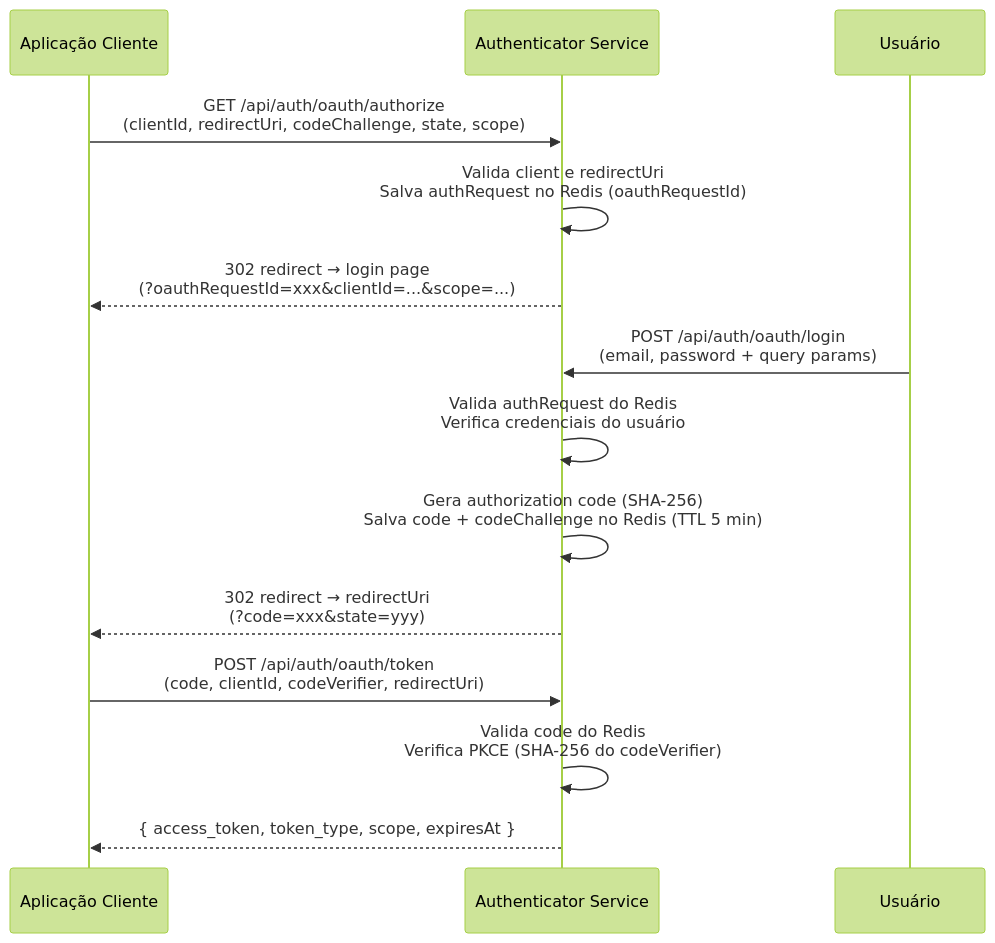
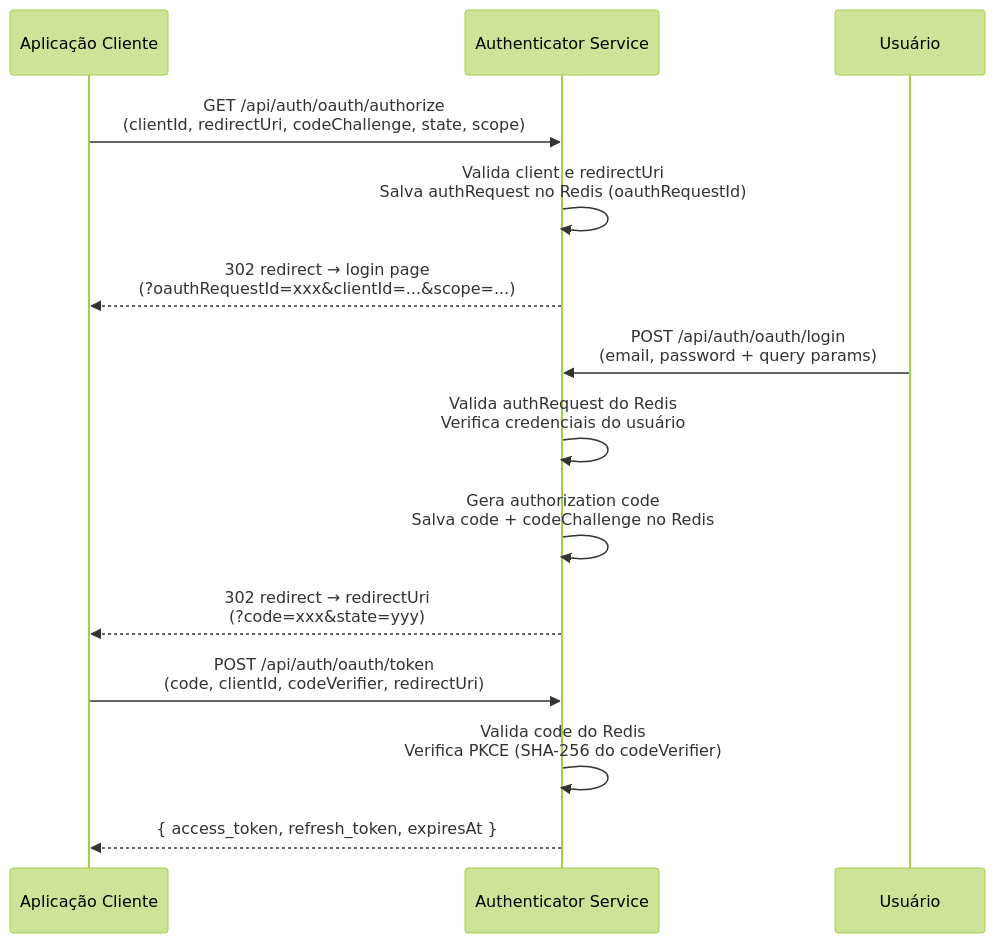
The first of 3 diagrams in README.pt-BR.md (LuisFernando12/Authenticator-back), drawn with Mermaid (forest theme) before and after one commit. The commit also changed other lines of this file and 1 other file, not shown here.

````diff
--- a/README.pt-BR.md
+++ b/README.pt-BR.md
@@ -68,19 +68,19 @@
 ```mermaid
 sequenceDiagram
     participant App as Aplicação Cliente
     participant Auth as Authenticator Service
     participant User as Usuário
 
     App->>Auth: GET /api/auth/oauth/authorize<br/>(clientId, redirectUri, codeChallenge, state, scope)
     Auth->>Auth: Valida client e redirectUri<br/>Salva authRequest no Redis (oauthRequestId)
     Auth-->>App: 302 redirect → login page<br/>(?oauthRequestId=xxx&clientId=...&scope=...)
 
     User->>Auth: POST /api/auth/oauth/login<br/>(email, password + query params)
     Auth->>Auth: Valida authRequest do Redis<br/>Verifica credenciais do usuário
-    Auth->>Auth: Gera authorization code (SHA-256)<br/>Salva code + codeChallenge no Redis (TTL 5 min)
+    Auth->>Auth: Gera authorization code<br/>Salva code + codeChallenge no Redis
     Auth-->>App: 302 redirect → redirectUri<br/>(?code=xxx&state=yyy)
 
     App->>Auth: POST /api/auth/oauth/token<br/>(code, clientId, codeVerifier, redirectUri)
     Auth->>Auth: Valida code do Redis<br/>Verifica PKCE (SHA-256 do codeVerifier)
-    Auth-->>App: { access_token, token_type, scope, expiresAt }
+    Auth-->>App: { access_token, refresh_token, expiresAt }
 ```
````
